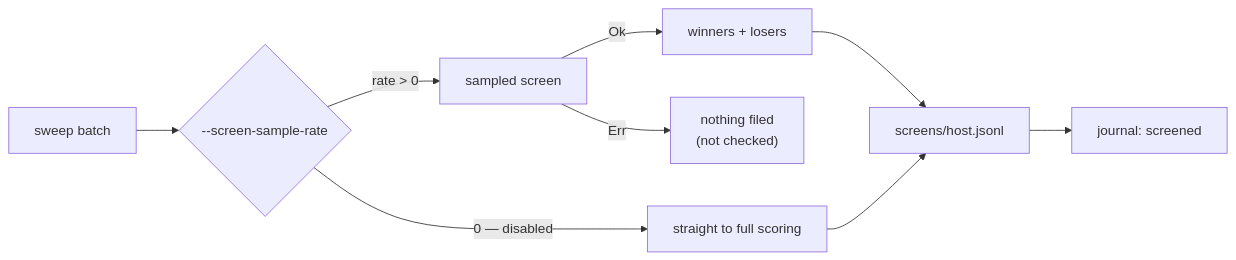
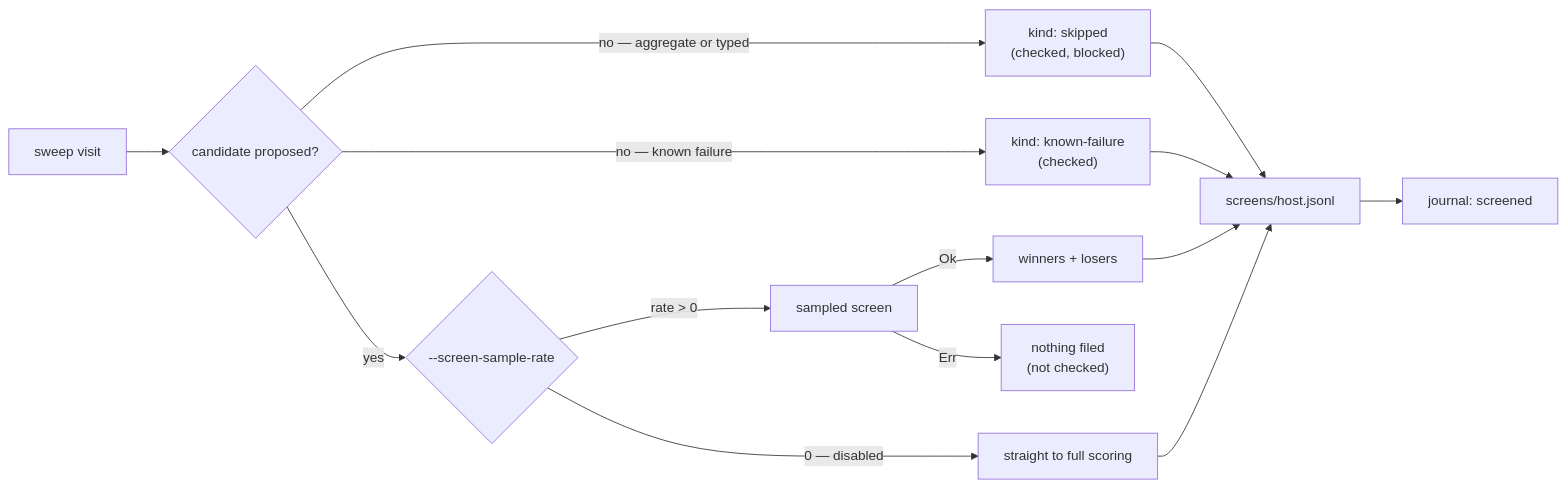
Before and after one commit to stSoftwareAU/NEAT-AI-Ockham: the third of 10 diagrams in README.md, drawn with Mermaid. The commit also changed other lines of this file and 12 other files, not shown here.

````diff
--- a/README.md
+++ b/README.md
@@ -353,11 +387,16 @@
 ```mermaid
 flowchart LR
-    B[sweep batch] --> S{"--screen-sample-rate"}
+    V[sweep visit] --> Q{"candidate proposed?"}
+    Q -->|"no — aggregate or typed"| K["kind: skipped<br/>(checked, blocked)"]
+    Q -->|"no — known failure"| F["kind: known-failure<br/>(checked)"]
+    Q -->|yes| S{"--screen-sample-rate"}
     S -->|"rate > 0"| C[sampled screen]
     C -->|Ok| W[winners + losers]
     C -->|Err| N["nothing filed<br/>(not checked)"]
     S -->|"0 — disabled"| D[straight to full scoring]
-    W --> R["screens/host.jsonl"]
+    K --> R["screens/host.jsonl"]
+    F --> R
+    W --> R
     D --> R
     R --> J["journal: screened"]
 ```
````
